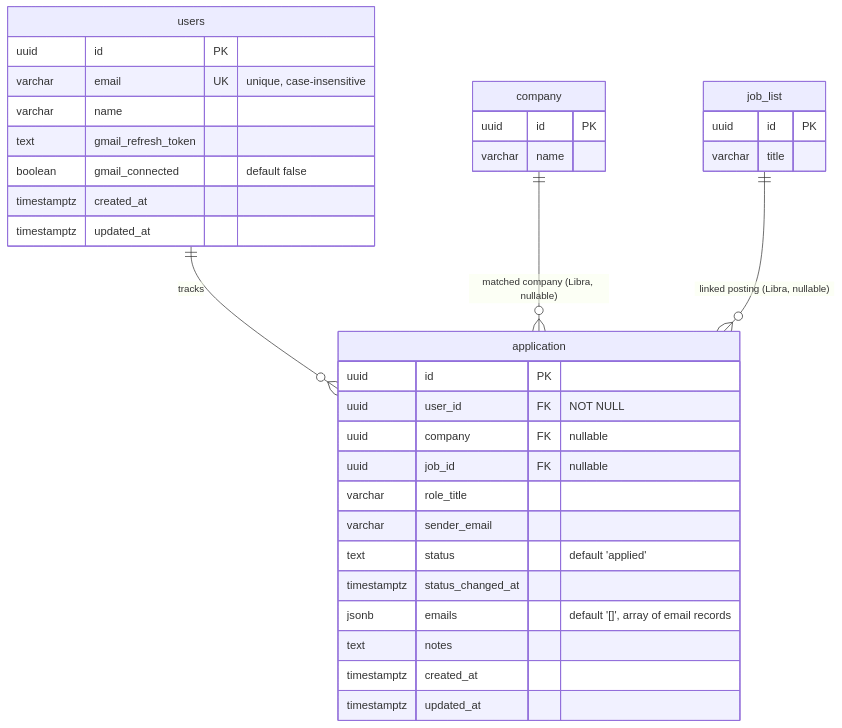
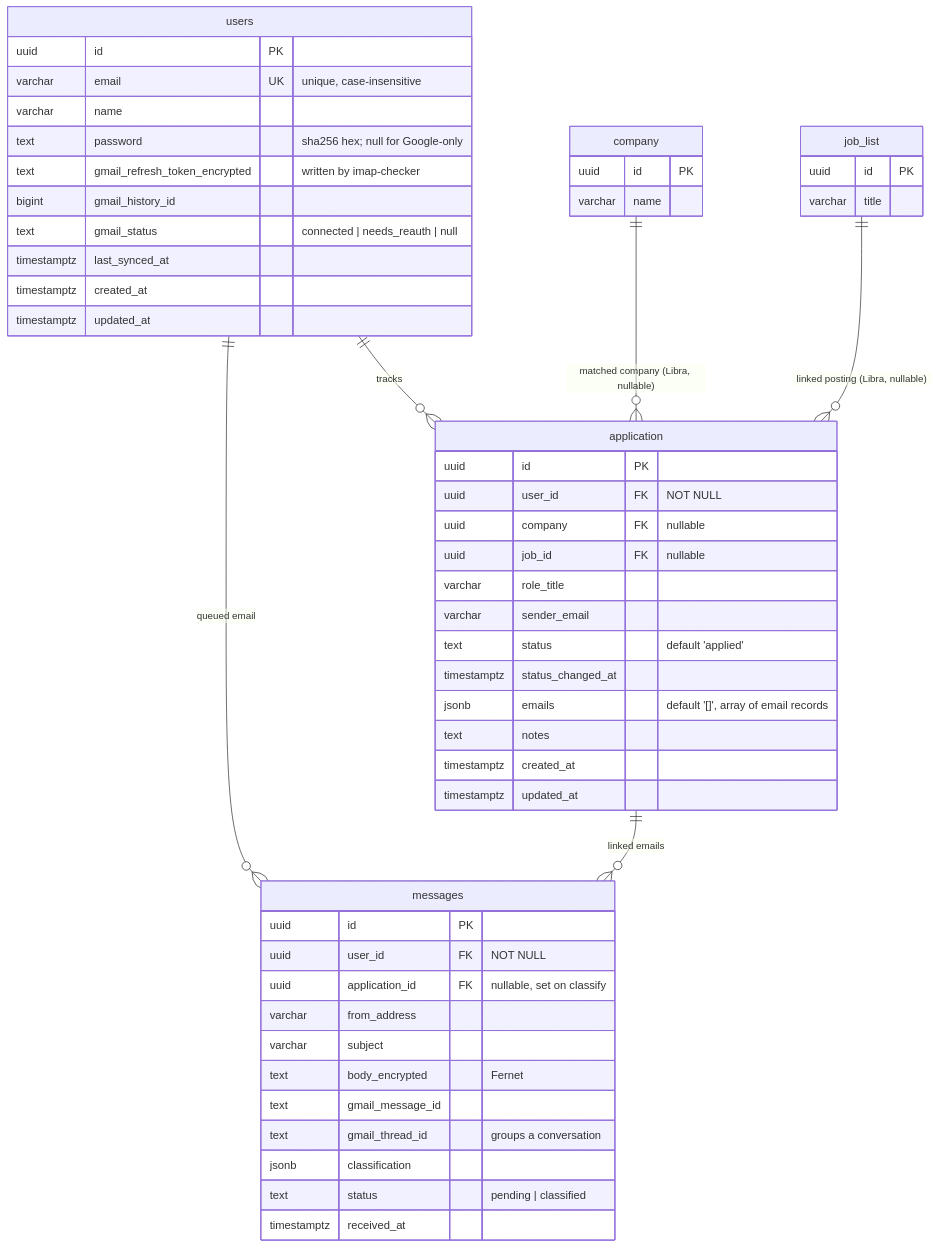
One commit to Tempest150/Scales changed the diagram in docs/diagrams/data_model.md. Above: the diagram before and after it, drawn with Mermaid. The commit also changed other lines of this file and 22 other files, not shown here.

````diff
--- a/docs/diagrams/data_model.md
+++ b/docs/diagrams/data_model.md
@@ -9,41 +9,60 @@
 ```mermaid
 erDiagram
     users ||--o{ application : "tracks"
+    users ||--o{ messages : "queued email"
+    application ||--o{ messages : "linked emails"
     company ||--o{ application : "matched company (Libra, nullable)"
     job_list ||--o{ application : "linked posting (Libra, nullable)"
 
     users {
         uuid id PK
         varchar email UK "unique, case-insensitive"
         varchar name
-        text gmail_refresh_token
-        boolean gmail_connected "default false"
+        text password "sha256 hex; null for Google-only"
+        text gmail_refresh_token_encrypted "written by imap-checker"
+        bigint gmail_history_id
+        text gmail_status "connected | needs_reauth | null"
+        timestamptz last_synced_at
         timestamptz created_at
         timestamptz updated_at
     }
 
     application {
         uuid id PK
         uuid user_id FK "NOT NULL"
         uuid company FK "nullable"
         uuid job_id FK "nullable"
         varchar role_title
         varchar sender_email
         text status "default 'applied'"
         timestamptz status_changed_at
         jsonb emails "default '[]', array of email records"
         text notes
         timestamptz created_at
         timestamptz updated_at
     }
 
+    messages {
+        uuid id PK
+        uuid user_id FK "NOT NULL"
+        uuid application_id FK "nullable, set on classify"
+        varchar from_address
+        varchar subject
+        text body_encrypted "Fernet"
+        text gmail_message_id
+        text gmail_thread_id "groups a conversation"
+        jsonb classification
+        text status "pending | classified"
+        timestamptz received_at
+    }
+
     company {
         uuid id PK
         varchar name
     }
 
     job_list {
         uuid id PK
         varchar title
     }
 ```
````
